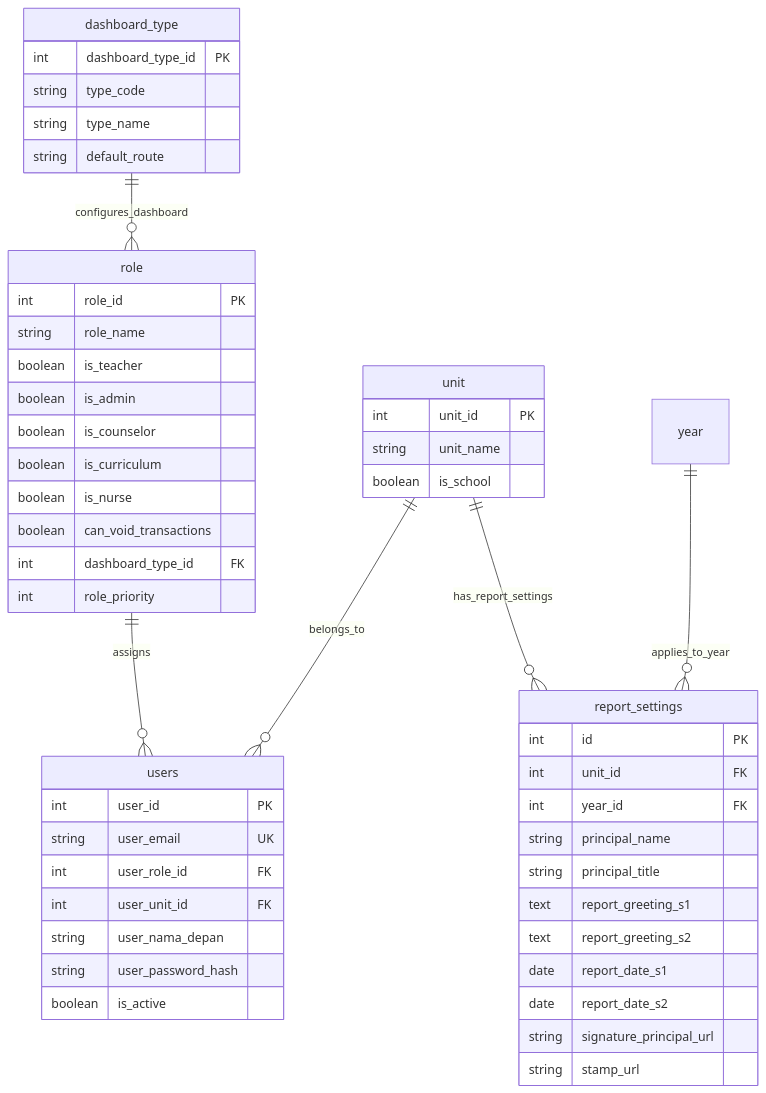
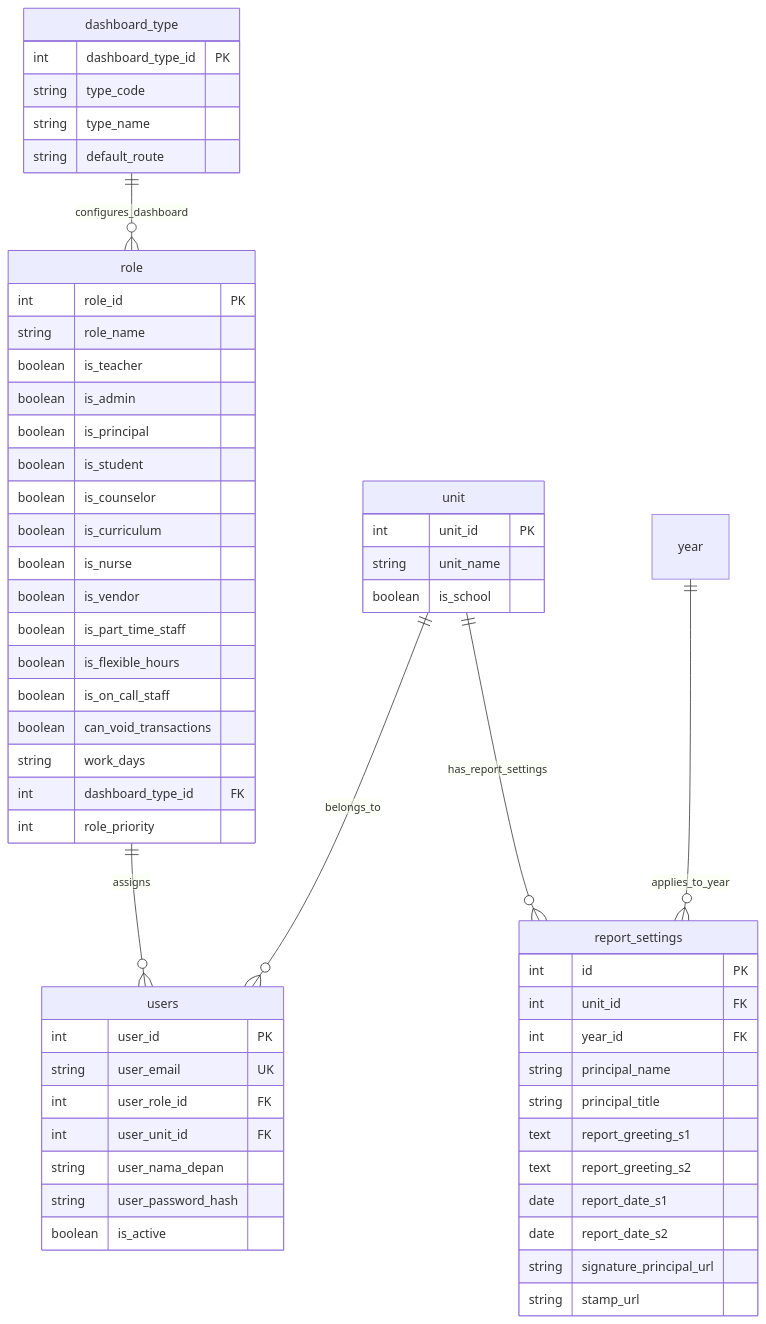
One commit to hanskristianw/school-admin changed the first of 11 diagrams in DATABASE_SCHEMA.md. Above: the diagram before and after it, drawn with Mermaid. The commit also changed 9 other files, not shown here.

````diff
--- a/DATABASE_SCHEMA.md
+++ b/DATABASE_SCHEMA.md
@@ -106,58 +106,65 @@
 ```mermaid
 erDiagram
     dashboard_type ||--o{ role : "configures_dashboard"
     role ||--o{ users : "assigns"
     unit ||--o{ users : "belongs_to"
     unit ||--o{ report_settings : "has_report_settings"
     year ||--o{ report_settings : "applies_to_year"
     
     dashboard_type {
         int dashboard_type_id PK
         string type_code
         string type_name
         string default_route
     }
 
     role {
         int role_id PK
         string role_name
         boolean is_teacher
         boolean is_admin
+        boolean is_principal
+        boolean is_student
         boolean is_counselor
         boolean is_curriculum
         boolean is_nurse
+        boolean is_vendor
+        boolean is_part_time_staff
+        boolean is_flexible_hours
+        boolean is_on_call_staff
         boolean can_void_transactions
+        string work_days
         int dashboard_type_id FK
         int role_priority
     }
     
     unit {
         int unit_id PK
         string unit_name
         boolean is_school
     }
 
     report_settings {
         int id PK
         int unit_id FK
         int year_id FK
         string principal_name
         string principal_title
         text report_greeting_s1
         text report_greeting_s2
         date report_date_s1
         date report_date_s2
         string signature_principal_url
         string stamp_url
     }
     
     users {
         int user_id PK
         string user_email UK
         int user_role_id FK
         int user_unit_id FK
         string user_nama_depan
         string user_password_hash
         boolean is_active
     }
 ```
````
